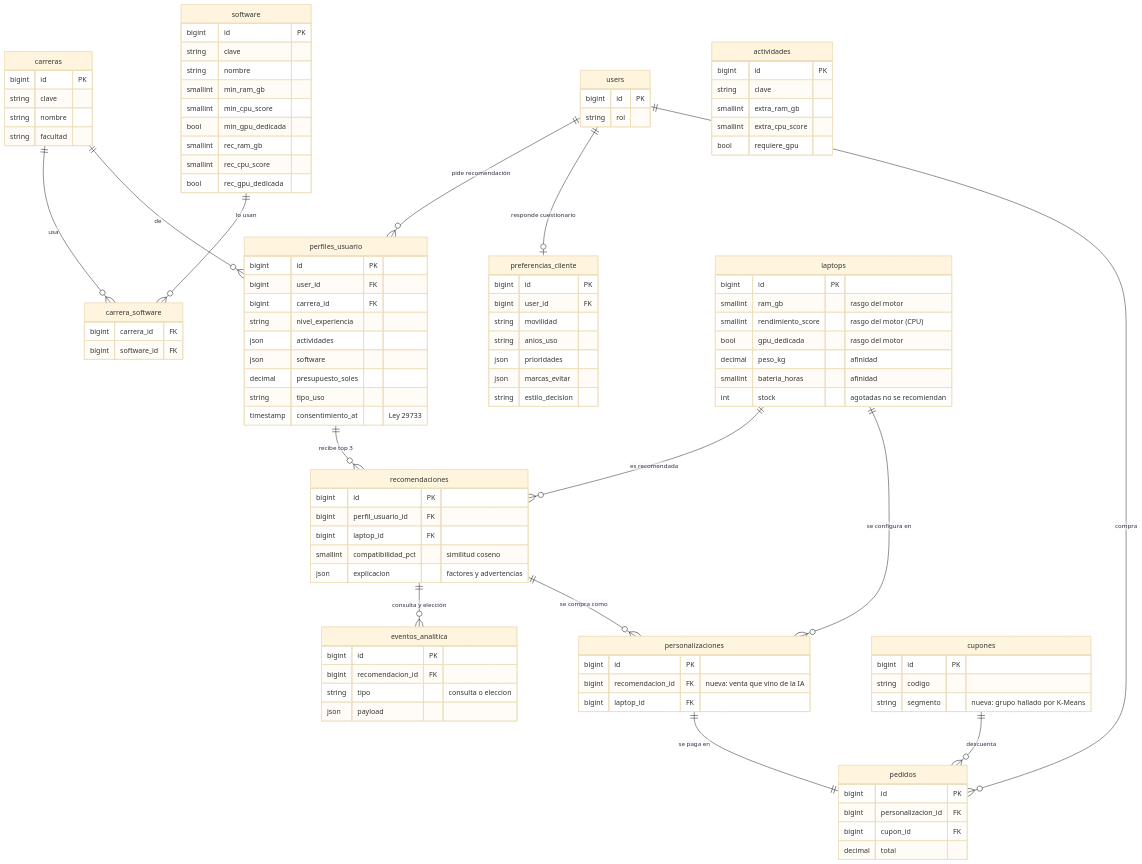
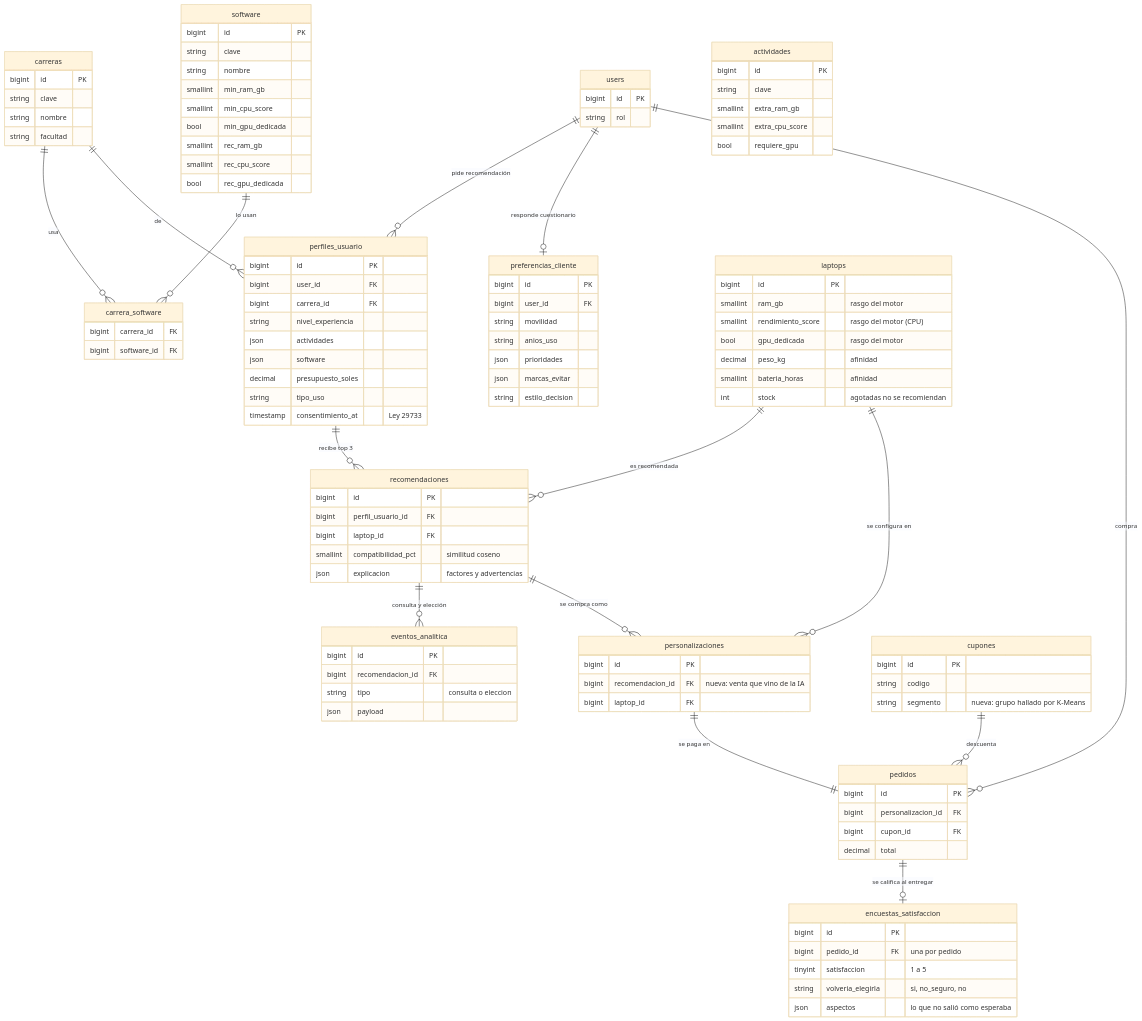
Before and after one commit to Jackortega922/IngeTech-AI: the second of 3 diagrams in docs/arquitectura/modelo-datos.md, drawn with Mermaid (base theme). The commit also changed other lines of this file and 27 other files, not shown here.

```diff
--- a/docs/arquitectura/modelo-datos.md
+++ b/docs/arquitectura/modelo-datos.md
@@ -164,6 +164,7 @@
     personalizaciones ||--|| pedidos : "se paga en"
     laptops ||--o{ personalizaciones : "se configura en"
     cupones ||--o{ pedidos : "descuenta"
+    pedidos ||--o| encuestas_satisfaccion : "se califica al entregar"
 
     carreras {
         bigint id PK
@@ -251,6 +252,13 @@
         string codigo
         string segmento "nueva: grupo hallado por K-Means"
     }
+    encuestas_satisfaccion {
+        bigint id PK
+        bigint pedido_id FK "una por pedido"
+        tinyint satisfaccion "1 a 5"
+        string volveria_elegirla "si, no_seguro, no"
+        json aspectos "lo que no salió como esperaba"
+    }
     users {
         bigint id PK
         string rol
```
